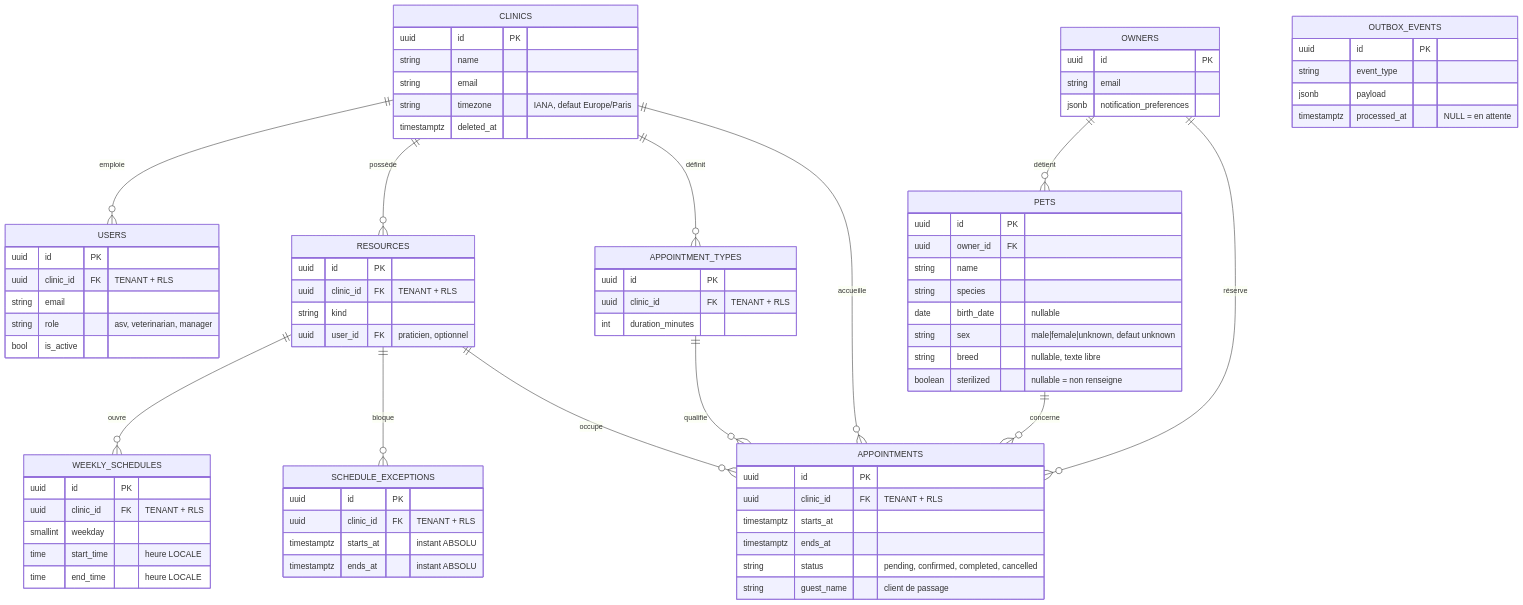
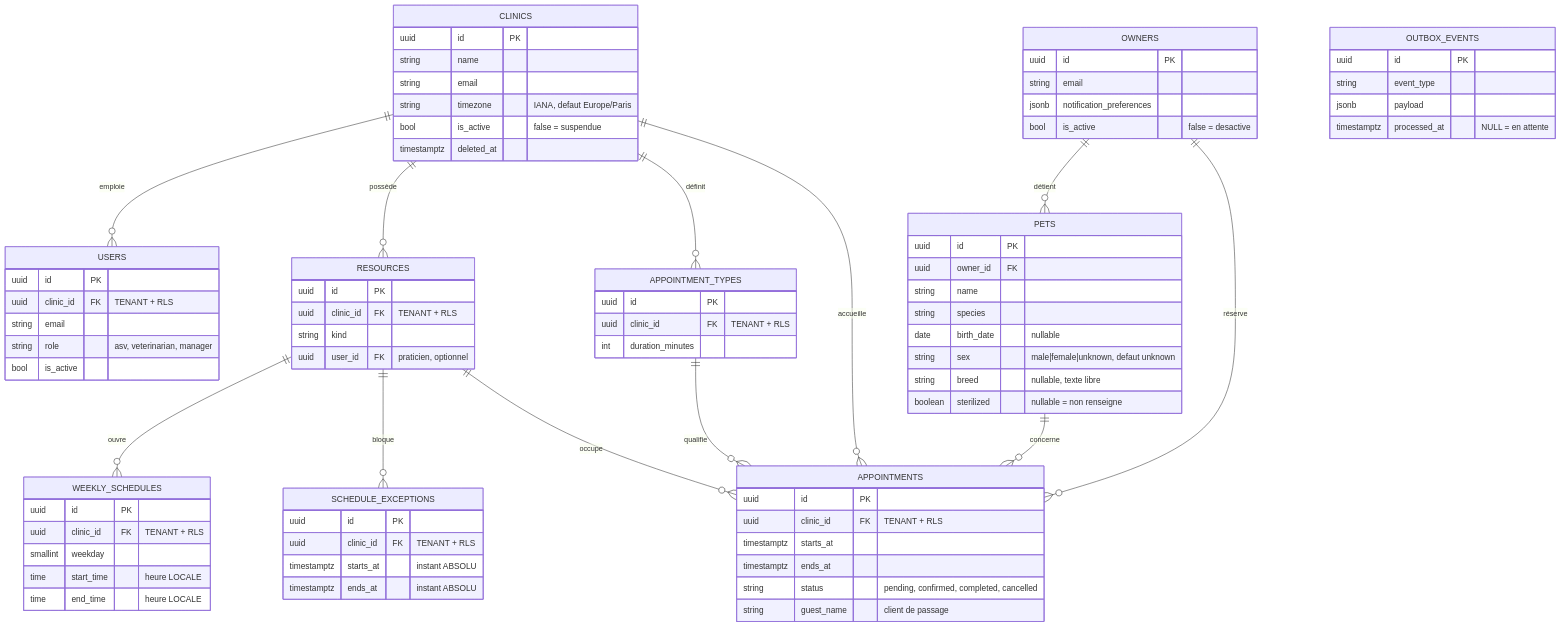
One commit to kederiku/VetLib changed the diagram in documentation/docs/architecture/modele-de-donnees.md. Above: the diagram before and after it, drawn with Mermaid. The commit also changed other lines of this file and 19 other files, not shown here.

```diff
--- a/documentation/docs/architecture/modele-de-donnees.md
+++ b/documentation/docs/architecture/modele-de-donnees.md
@@ -29,6 +29,7 @@
     string name
     string email
     string timezone "IANA, defaut Europe/Paris"
+    bool is_active "false = suspendue"
     timestamptz deleted_at
   }
   USERS {
@@ -42,6 +43,7 @@
     uuid id PK
     string email
     jsonb notification_preferences
+    bool is_active "false = desactive"
   }
   PETS {
     uuid id PK
```
